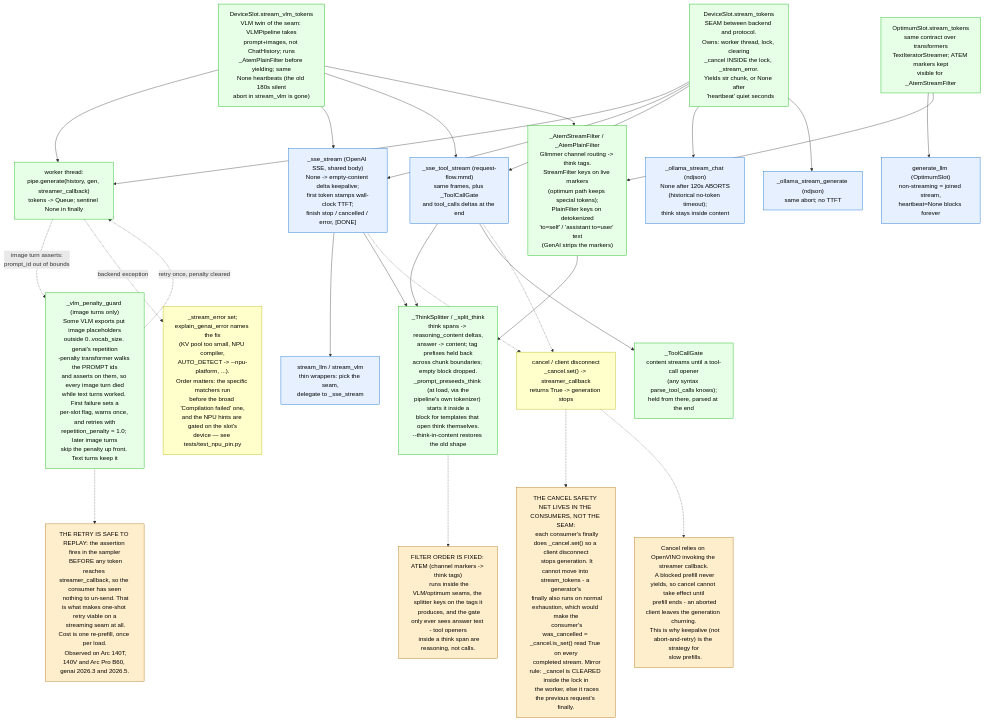
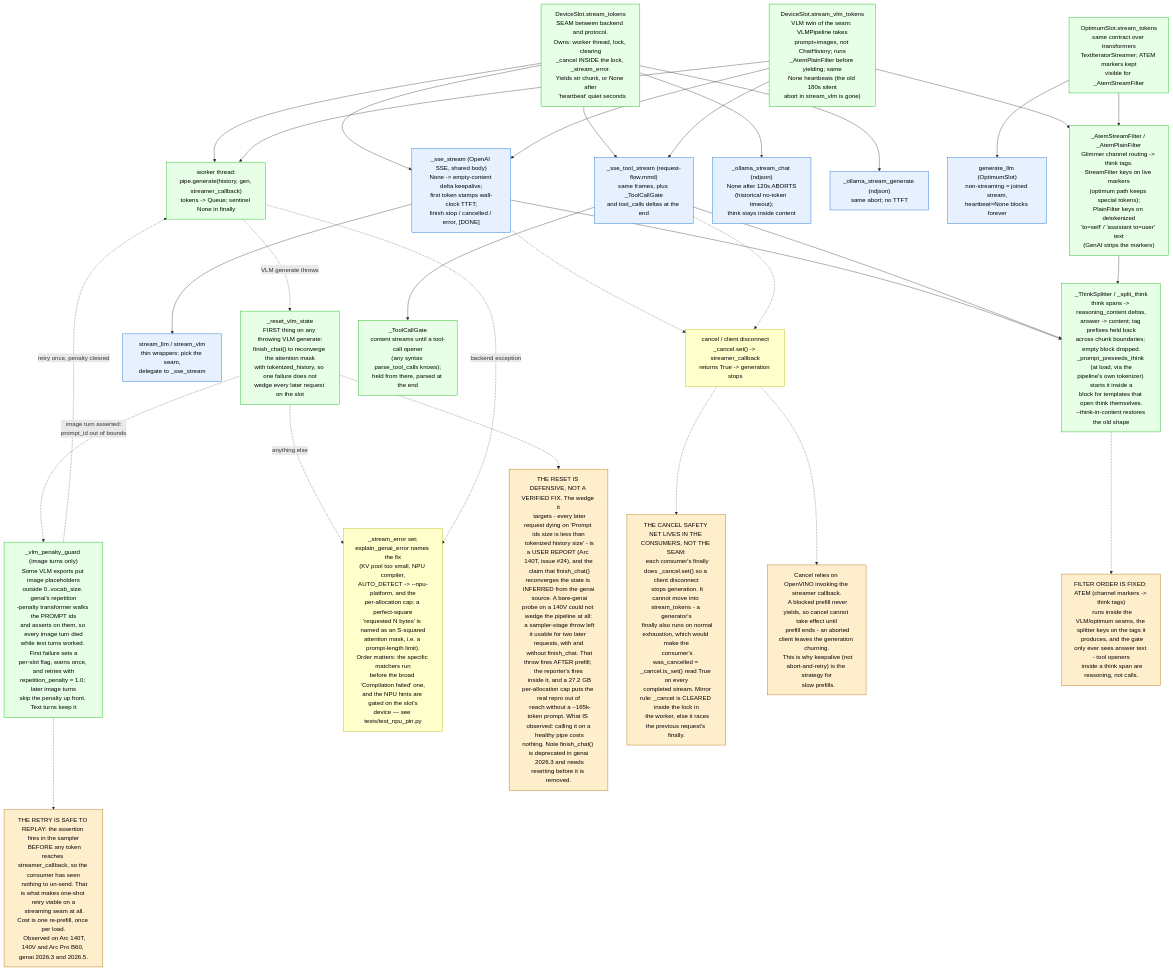
The diagram in docs/stream-plumbing.mmd (aweussom/NoLlama), drawn with Mermaid before and after one commit. The commit also changed 3 other files, not shown here.

First line of the commit message:
Name the per-allocation cap failure, and reset the VLM slot after a throw (#24)

```diff
--- a/docs/stream-plumbing.mmd
+++ b/docs/stream-plumbing.mmd
@@ -1,92 +1,109 @@
 %% Token streaming: the stream_tokens seam, its consumers, cancel semantics.
 %% Drawn 2026-08-19 from nollama.py @ 85e796f.
 %% Updated 2026-08-30: stream_vlm_tokens seam, shared _sse_stream, _ThinkSplitter/_ToolCallGate (issue #36).
 %% Updated 2026-09-01: _vlm_penalty_guard one-shot retry on the image path.
+%% Updated 2026-09-01: _reset_vlm_state on the VLM throw path (issue #24).
 %% Legend: solid = normal path, dashed = failure/timeout/cancel paths,
 %%         ALL-CAPS nodes = prose annotations.
 %% Palette: route (blue) = protocol consumers, gen (green) = backend/worker,
 %%          client (yellow) = wire frames, warn (orange) = annotations.
-%% covers: nollama.py:stream_tokens,stream_vlm_tokens,_vlm_penalty_guard,_is_placeholder_bounds_error,stream_llm,stream_vlm,_sse_stream,_ollama_stream_chat,_ollama_stream_generate,generate_llm,cancel,explain_genai_error,_AtemStreamFilter,_AtemPlainFilter,_ThinkSplitter,_split_think,_ToolCallGate,_prompt_preseeds_think
+%% covers: nollama.py:stream_tokens,stream_vlm_tokens,_reset_vlm_state,_vlm_penalty_guard,_is_placeholder_bounds_error,stream_llm,stream_vlm,_sse_stream,_ollama_stream_chat,_ollama_stream_generate,generate_llm,cancel,explain_genai_error,_AtemStreamFilter,_AtemPlainFilter,_ThinkSplitter,_split_think,_ToolCallGate,_prompt_preseeds_think
 flowchart TB
   stream_tokens["DeviceSlot.stream_tokens<br/>SEAM between backend and protocol.<br/>Owns: worker thread, lock, clearing<br/>_cancel INSIDE the lock, _stream_error.<br/>Yields str chunk, or None after
   'heartbeat' quiet seconds"]
   worker["worker thread:<br/>pipe.generate(history, gen, streamer_callback)<br/>tokens -> Queue; sentinel None in finally"]
   opt_stream_tokens["OptimumSlot.stream_tokens<br/>same contract over transformers<br/>TextIteratorStreamer; ATEM markers kept<br/>visible for _AtemStreamFilter"]
   stream_vlm_tokens["DeviceSlot.stream_vlm_tokens<br/>VLM twin of the seam: VLMPipeline takes<br/>prompt+images, not ChatHistory; runs<br/>_AtemPlainFilter before yielding; same<br/>None heartbeats (the old 180s silent<br/>abort in stream_vlm is gone)"]
 
   stream_tokens --> worker
   stream_vlm_tokens --> worker
 
   penalty_guard["_vlm_penalty_guard (image turns only)<br/>Some VLM exports put image placeholders<br/>outside 0..vocab_size. genai's repetition<br/>-penalty transformer walks the PROMPT ids<br/>and asserts on them, so every image turn died<br/>while text turns worked. First failure sets a<br/>per-slot flag, warns once, and retries with<br/>repetition_penalty = 1.0; later image turns<br/>skip the penalty up front. Text turns keep it"]
-  worker -.->|"image turn asserts:<br/>prompt_id out of bounds"| penalty_guard
+  reset_state["_reset_vlm_state<br/>FIRST thing on any throwing VLM generate:<br/>finish_chat() to reconverge the attention mask<br/>with tokenized_history, so one failure does not<br/>wedge every later request on the slot"]
+  worker -.->|"VLM generate throws"| reset_state
+  reset_state -.->|"image turn asserted:<br/>prompt_id out of bounds"| penalty_guard
+  reset_state -.->|"anything else"| _stream_error
   penalty_guard -.->|"retry once, penalty cleared"| worker
 
   RETRYSAFE["THE RETRY IS SAFE TO REPLAY: the assertion fires in the sampler
   BEFORE any token reaches streamer_callback, so the consumer has seen
   nothing to un-send. That is what makes one-shot retry viable on a
   streaming seam at all. Cost is one re-prefill, once per load.
   Observed on Arc 140T, 140V and Arc Pro B60, genai 2026.3 and 2026.5."]
   penalty_guard -.-> RETRYSAFE
-  worker -.->|"backend exception"| _stream_error["_stream_error set;<br/>explain_genai_error names the fix<br/>(KV pool too small, NPU compiler,<br/>AUTO_DETECT -> --npu-platform, ...).<br/>Order matters: the specific matchers run<br/>before the broad 'Compilation failed' one,<br/>and the NPU hints are gated on the slot's<br/>device — see tests/test_npu_pin.py"]
+
+  WEDGEUNPROVEN["THE RESET IS DEFENSIVE, NOT A VERIFIED FIX. The wedge it
+  targets - every later request dying on 'Prompt ids size is less than
+  tokenized history size' - is a USER REPORT (Arc 140T, issue #24), and the
+  claim that finish_chat() reconverges the state is INFERRED from the genai
+  source. A bare-genai probe on a 140V could not wedge the pipeline at all:
+  a sampler-stage throw left it usable for two later requests, with and
+  without finish_chat. That throw fires AFTER prefill; the reporter's fires
+  inside it, and a 27.2 GB per-allocation cap puts the real repro out of
+  reach without a ~165k-token prompt. What IS observed: calling it on a
+  healthy pipe costs nothing. Note finish_chat() is deprecated in genai
+  2026.3 and needs rewriting before it is removed."]
+  reset_state -.-> WEDGEUNPROVEN
+  worker -.->|"backend exception"| _stream_error["_stream_error set;<br/>explain_genai_error names the fix<br/>(KV pool too small, NPU compiler,<br/>AUTO_DETECT -> --npu-platform, and the<br/>per-allocation cap: a perfect-square<br/>'requested N bytes' is named as an S-squared<br/>attention mask, i.e. a prompt-length limit).<br/>Order matters: the specific matchers run<br/>before the broad 'Compilation failed' one,<br/>and the NPU hints are gated on the slot's<br/>device — see tests/test_npu_pin.py"]
 
   _sse_stream["_sse_stream (OpenAI SSE, shared body)<br/>None -> empty-content delta keepalive;<br/>first token stamps wall-clock TTFT;<br/>finish stop / cancelled / error, [DONE]"]
   stream_llm["stream_llm / stream_vlm<br/>thin wrappers: pick the seam,<br/>delegate to _sse_stream"]
   tool_stream["_sse_tool_stream (request-flow.mmd)<br/>same frames, plus _ToolCallGate<br/>and tool_calls deltas at the end"]
   _ollama_stream_chat["_ollama_stream_chat (ndjson)<br/>None after 120s ABORTS<br/>(historical no-token timeout);<br/>think stays inside content"]
   _ollama_stream_generate["_ollama_stream_generate (ndjson)<br/>same abort; no TTFT"]
   generate_llm["generate_llm (OptimumSlot)<br/>non-streaming = joined stream,<br/>heartbeat=None blocks forever"]
 
   stream_tokens --> _sse_stream
   stream_vlm_tokens --> _sse_stream
   _sse_stream --> stream_llm
   stream_tokens --> tool_stream
   stream_vlm_tokens --> tool_stream
   stream_tokens --> _ollama_stream_chat
   stream_tokens --> _ollama_stream_generate
   opt_stream_tokens --> generate_llm
 
   splitter["_ThinkSplitter / _split_think<br/>think spans -> reasoning_content deltas,<br/>answer -> content; tag prefixes held back<br/>across chunk boundaries; empty block dropped.<br/>_prompt_preseeds_think (at load, via the<br/>pipeline's own tokenizer) starts it inside a<br/>block for templates that open think themselves.<br/>--think-in-content restores the old shape"]
   gate["_ToolCallGate<br/>content streams until a tool-call opener<br/>(any syntax parse_tool_calls knows);<br/>held from there, parsed at the end"]
   _sse_stream --> splitter
   tool_stream --> splitter
   tool_stream --> gate
 
   atem["_AtemStreamFilter / _AtemPlainFilter<br/>Glimmer channel routing -> think tags.<br/>StreamFilter keys on live markers<br/>(optimum path keeps special tokens);<br/>PlainFilter keys on detokenized<br/>'to=self' / 'assistant to=user' text<br/>(GenAI strips the markers)"]
   stream_vlm_tokens --> atem
   opt_stream_tokens --> atem
   atem --> splitter
 
   cancel["cancel / client disconnect<br/>_cancel.set() -> streamer_callback<br/>returns True -> generation stops"]
   _sse_stream -.-> cancel
   tool_stream -.-> cancel
 
   FINALLY["THE CANCEL SAFETY NET LIVES IN THE CONSUMERS, NOT THE SEAM:
   each consumer's finally does _cancel.set() so a client disconnect
   stops generation. It cannot move into stream_tokens - a generator's
   finally also runs on normal exhaustion, which would make the
   consumer's was_cancelled = _cancel.is_set() read True on every
   completed stream. Mirror rule: _cancel is CLEARED inside the lock in
   the worker, else it races the previous request's finally."]
   cancel -.-> FINALLY
 
   CANCELLIMIT["Cancel relies on OpenVINO invoking the streamer callback.
   A blocked prefill never yields, so cancel cannot take effect until
   prefill ends - an aborted client leaves the generation churning.
   This is why keepalive (not abort-and-retry) is the strategy for
   slow prefills."]
   cancel -.-> CANCELLIMIT
 
   ORDER["FILTER ORDER IS FIXED: ATEM (channel markers -> think tags)
   runs inside the VLM/optimum seams, the splitter keys on the tags it
   produces, and the gate only ever sees answer text - tool openers
   inside a think span are reasoning, not calls."]
   splitter -.-> ORDER
 
   classDef route fill:#e6f0ff,stroke:#0066cc,color:#000
   classDef gen fill:#e6ffe6,stroke:#00b300,color:#000
   classDef client fill:#ffffcc,stroke:#b3b300,color:#000
   classDef warn fill:#fec,stroke:#a60,color:#000
   class _sse_stream,stream_llm,tool_stream,_ollama_stream_chat,_ollama_stream_generate,generate_llm route
-  class stream_tokens,stream_vlm_tokens,opt_stream_tokens,worker,atem,splitter,gate,penalty_guard gen
+  class stream_tokens,stream_vlm_tokens,opt_stream_tokens,worker,atem,splitter,gate,penalty_guard,reset_state gen
   class cancel,_stream_error client
-  class FINALLY,CANCELLIMIT,ORDER,RETRYSAFE warn
+  class FINALLY,CANCELLIMIT,ORDER,RETRYSAFE,WEDGEUNPROVEN warn
```
